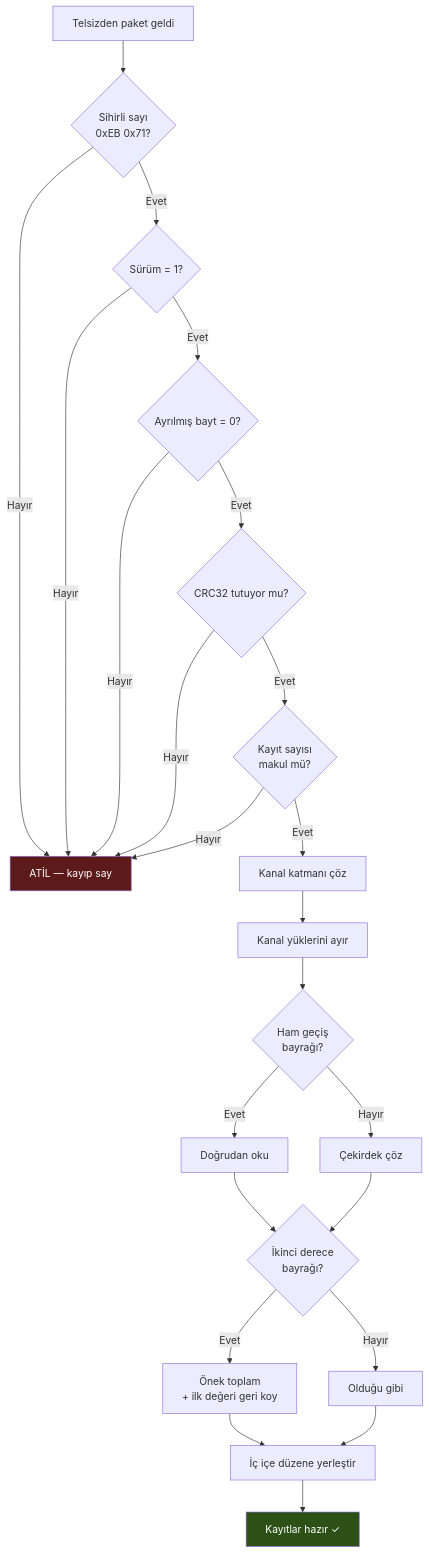
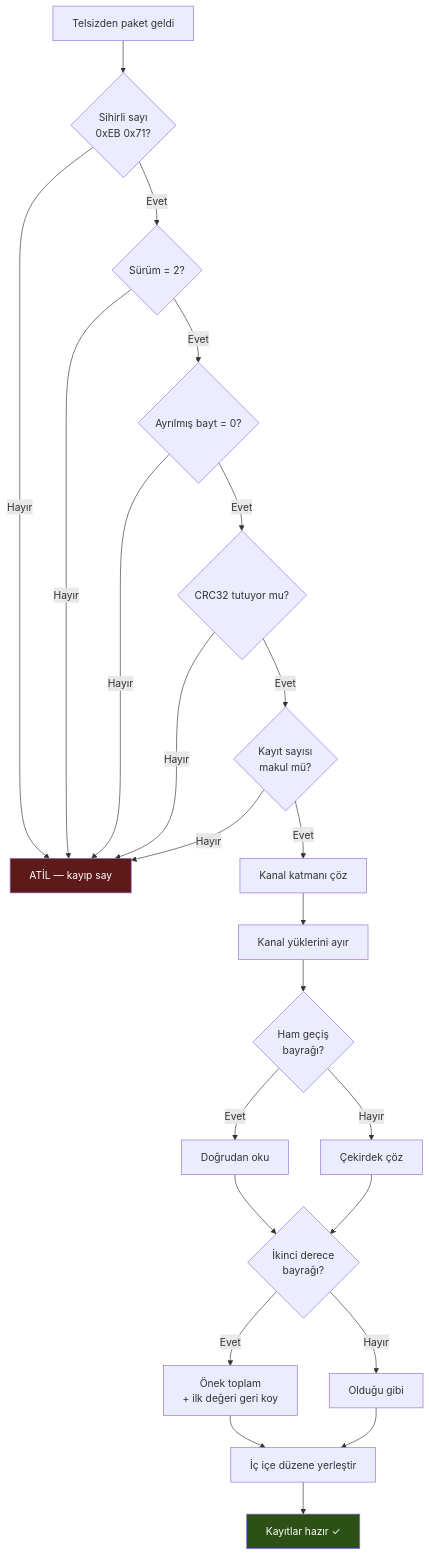
One commit to imrankagan/elBariProject changed the fourth of 5 diagrams in belgeler/AKIS_SEMASI.md. Above: the diagram before and after it, drawn with Mermaid. The commit also changed other lines of this file and 9 other files, not shown here.

````diff
--- a/belgeler/AKIS_SEMASI.md
+++ b/belgeler/AKIS_SEMASI.md
@@ -199,29 +207,29 @@
 ```mermaid
 flowchart TD
     A["Telsizden paket geldi"] --> B{"Sihirli sayı<br/>0xEB 0x71?"}
     B -->|Hayır| X["ATİL — kayıp say"]
-    B -->|Evet| C{"Sürüm = 1?"}
+    B -->|Evet| C{"Sürüm = 2?"}
     C -->|Hayır| X
     C -->|Evet| D{"Ayrılmış bayt = 0?"}
     D -->|Hayır| X
     D -->|Evet| E{"CRC32 tutuyor mu?"}
     E -->|Hayır| X
     E -->|Evet| F{"Kayıt sayısı<br/>makul mü?"}
     F -->|Hayır| X
     F -->|Evet| G["Kanal katmanı çöz"]
 
     G --> H["Kanal yüklerini ayır"]
     H --> I{"Ham geçiş<br/>bayrağı?"}
     I -->|Evet| J["Doğrudan oku"]
     I -->|Hayır| K["Çekirdek çöz"]
     J --> L{"İkinci derece<br/>bayrağı?"}
     K --> L
     L -->|Evet| M["Önek toplam<br/>+ ilk değeri geri koy"]
     L -->|Hayır| N["Olduğu gibi"]
     M --> O["İç içe düzene yerleştir"]
     N --> O
     O --> P["Kayıtlar hazır ✓"]
 
     style X fill:#5c1a1a,color:#fff
     style P fill:#2d5016,color:#fff
 ```
````
